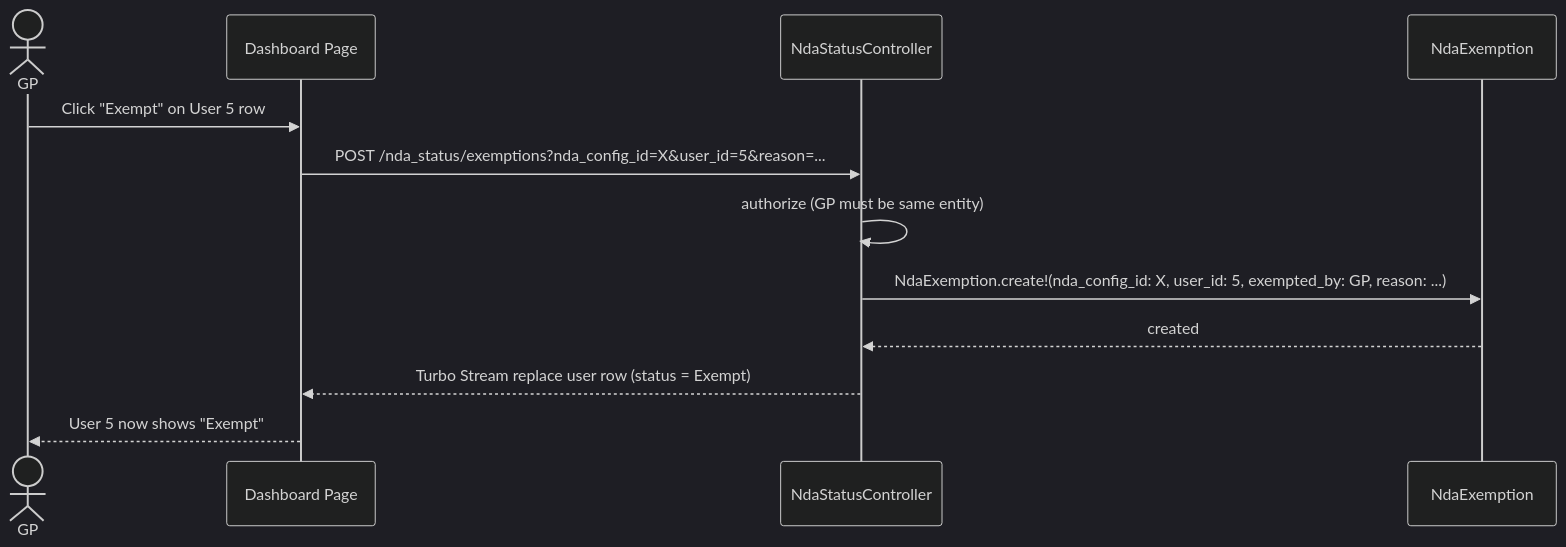
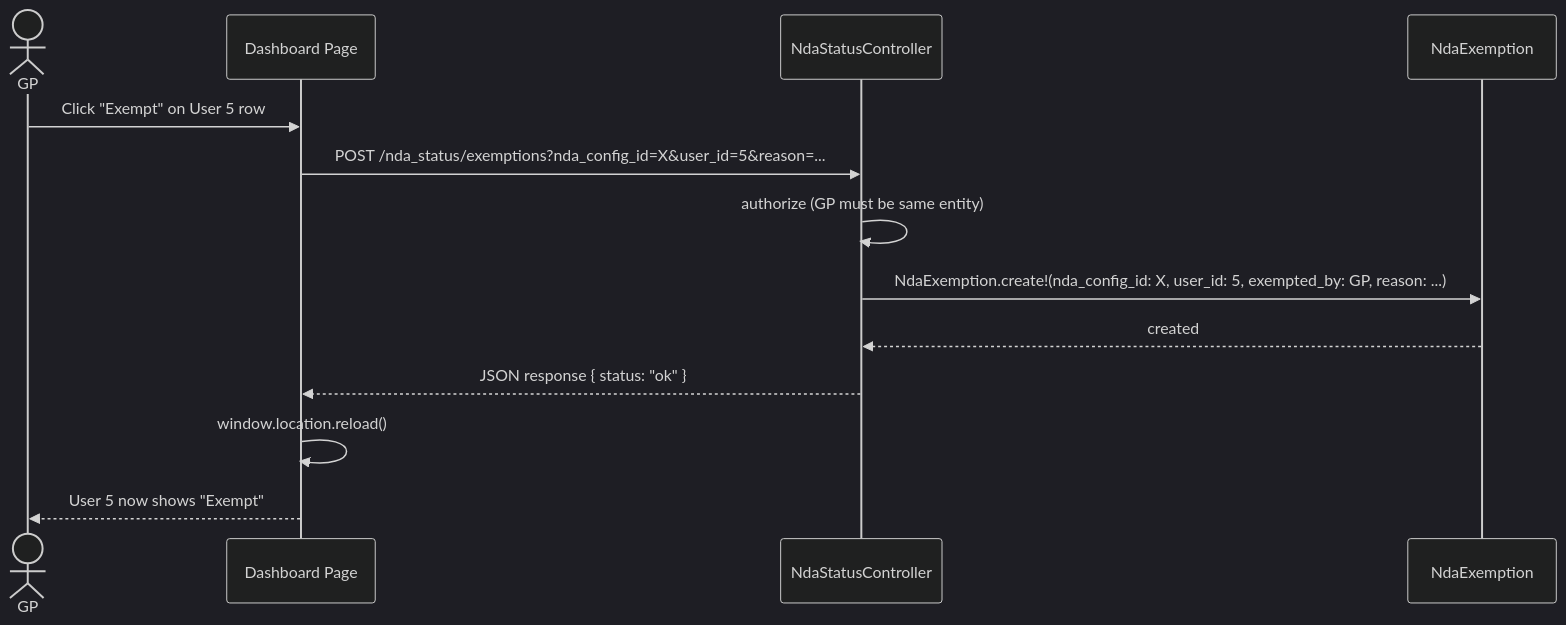
One commit to sampadadiwan/IRM_CompanyMain changed the eighth of 11 diagrams in openspec/changes/nda-data-room-module-3-gp-dashboard/design.md. Above: the diagram before and after it, drawn with Mermaid (dark theme). The commit also changed other lines of this file, not shown here.

````diff
--- a/openspec/changes/nda-data-room-module-3-gp-dashboard/design.md
+++ b/openspec/changes/nda-data-room-module-3-gp-dashboard/design.md
@@ -324,15 +288,16 @@
 ```mermaid
 sequenceDiagram
     actor GP
     participant Page as Dashboard Page
     participant Ctrl as NdaStatusController
     participant NE as NdaExemption
 
     GP->>Page: Click "Exempt" on User 5 row
     Page->>Ctrl: POST /nda_status/exemptions?nda_config_id=X&user_id=5&reason=...
     Ctrl->>Ctrl: authorize (GP must be same entity)
     Ctrl->>NE: NdaExemption.create!(nda_config_id: X, user_id: 5, exempted_by: GP, reason: ...)
     NE-->>Ctrl: created
-    Ctrl-->>Page: Turbo Stream replace user row (status = Exempt)
+    Ctrl-->>Page: JSON response { status: "ok" }
+    Page->>Page: window.location.reload()
     Page-->>GP: User 5 now shows "Exempt"
 ```
````
